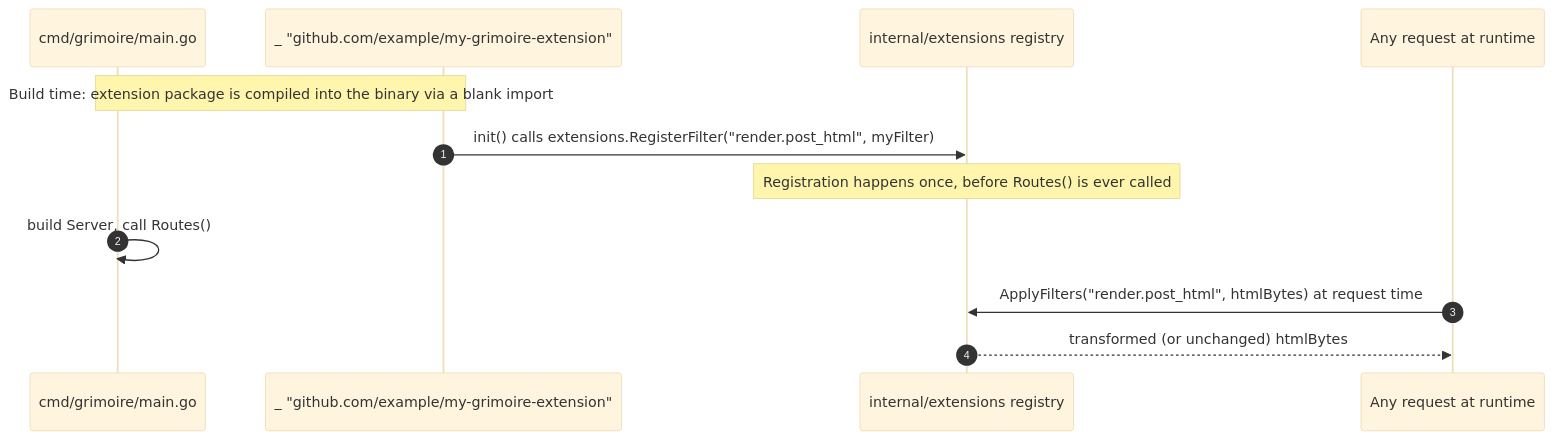
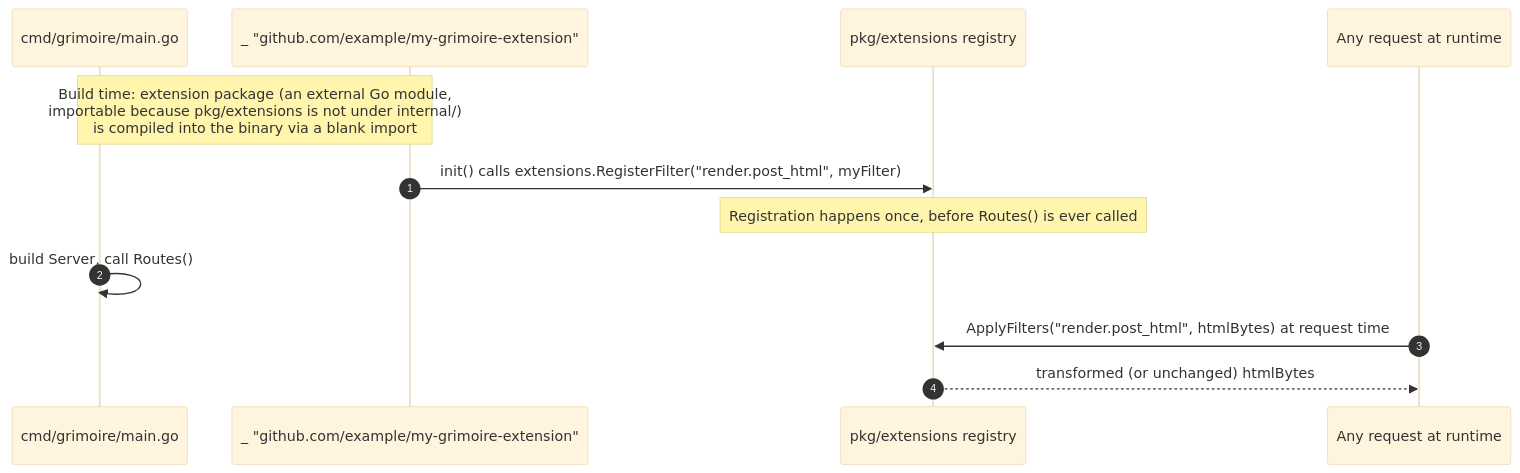
One commit to roboweaver/grimoire changed the fifth of 5 diagrams in plans/05-extensions-rest-api/design.md. Above: the diagram before and after it, drawn with Mermaid (base theme). The commit also changed other lines of this file and 6 other files, not shown here.

````diff
--- a/plans/05-extensions-rest-api/design.md
+++ b/plans/05-extensions-rest-api/design.md
@@ -216,15 +240,15 @@
 ```mermaid
 sequenceDiagram
   autonumber
   participant Main as cmd/grimoire/main.go
   participant Blank as _ "github.com/example/my-grimoire-extension"
-  participant Ext as internal/extensions registry
+  participant Ext as pkg/extensions registry
   participant Req as Any request at runtime
 
-  Note over Main,Blank: Build time: extension package is compiled into the binary via a blank import
+  Note over Main,Blank: Build time: extension package (an external Go module,<br/>importable because pkg/extensions is not under internal/)<br/>is compiled into the binary via a blank import
   Blank->>Ext: init() calls extensions.RegisterFilter("render.post_html", myFilter)
   Note over Ext: Registration happens once, before Routes() is ever called
   Main->>Main: build Server, call Routes()
   Req->>Ext: ApplyFilters("render.post_html", htmlBytes) at request time
   Ext-->>Req: transformed (or unchanged) htmlBytes
 ```
````
